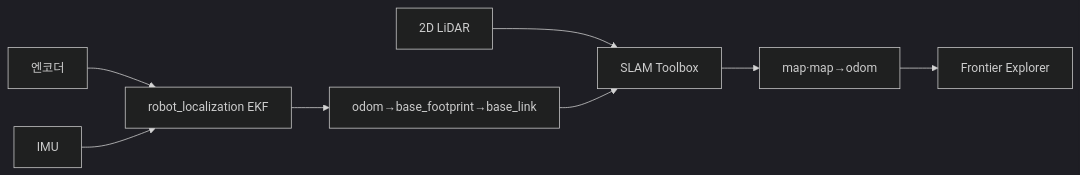
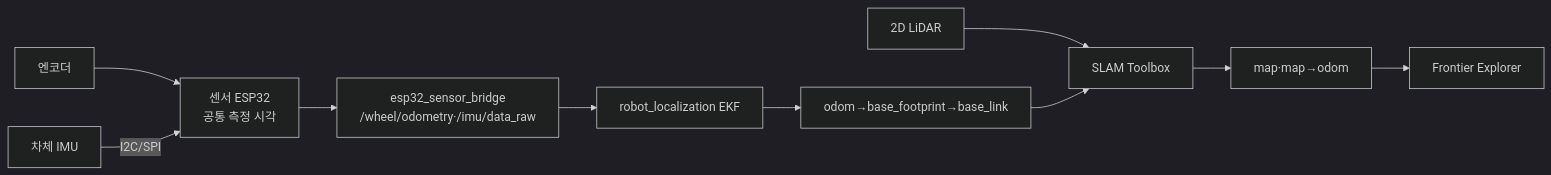
One commit to Common-AIOT/Sentinel-UGV changed the second of 8 diagrams in docs/04-자율주행-AI.md. Above: the diagram before and after it, drawn with Mermaid (dark theme). The commit also changed other lines of this file and 10 other files, not shown here.

Commit message:
docs(docs): S15P11A301-176 IMU 센서 ESP32 연결 구조 반영

````diff
--- a/docs/04-자율주행-AI.md
+++ b/docs/04-자율주행-AI.md
@@ -239,10 +238,12 @@
 ```mermaid
 flowchart LR
-    encoder["엔코더"] --> ekf["robot_localization EKF"]
-    imu["IMU"] --> ekf
+    encoder["엔코더"] --> esp32["센서 ESP32<br/>공통 측정 시각"]
+    imu["차체 IMU"] -->|"I2C/SPI"| esp32
+    esp32 --> bridge["esp32_sensor_bridge<br/>/wheel/odometry·/imu/data_raw"]
+    bridge --> ekf["robot_localization EKF"]
     ekf --> odom["odom→base_footprint→base_link"]
     lidar["2D LiDAR"] --> slam["SLAM Toolbox"]
     odom --> slam
     slam --> map["map·map→odom"]
     map --> frontier["Frontier Explorer"]
 ```
````
